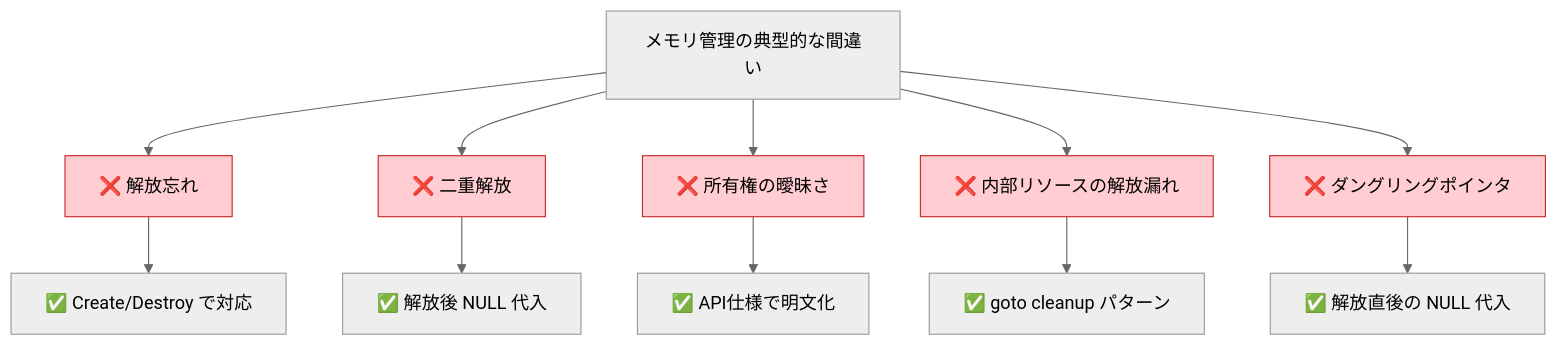
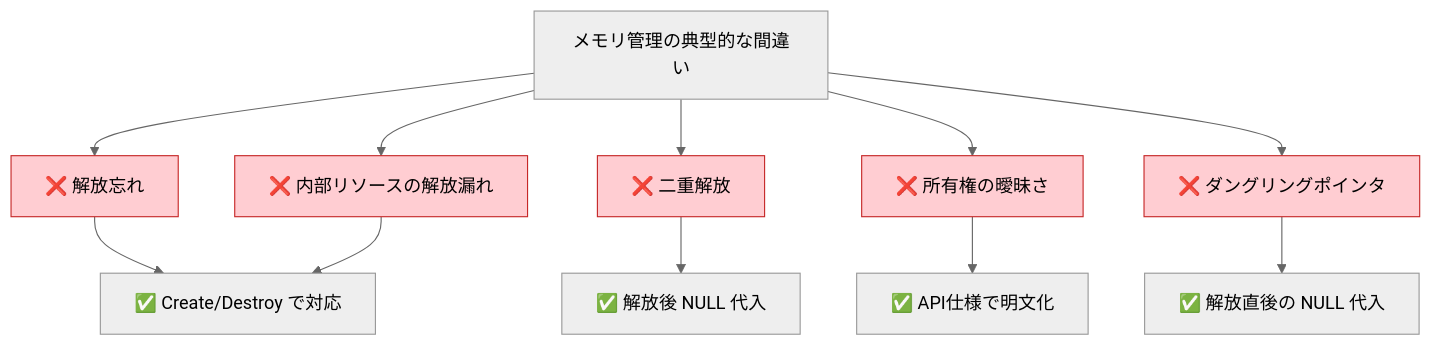
The third of 4 diagrams in 02_章別/09_第1部 第7章 メモリ管理パターン - 責任の明確化_02.md (kumachan1101/BookProject), drawn with Mermaid (neutral theme) before and after one commit. The commit also changed other lines of this file and 113 other files, not shown here.

````diff
--- a/02_章別/09_第1部 第7章 メモリ管理パターン - 責任の明確化_02.md
+++ b/02_章別/09_第1部 第7章 メモリ管理パターン - 責任の明確化_02.md
@@ -80,22 +64,22 @@
 ```mermaid
     graph TB
     Mistakes["メモリ管理の典型的な間違い"]
-    
+
     Mistakes --> M1["❌ 解放忘れ"]
     Mistakes --> M2["❌ 二重解放"]
     Mistakes --> M3["❌ 所有権の曖昧さ"]
     Mistakes --> M4["❌ 内部リソースの解放漏れ"]
     Mistakes --> M5["❌ ダングリングポインタ"]
-    
+
     M1 --> S1["✅ Create/Destroy で対応"]
     M2 --> S2["✅ 解放後 NULL 代入"]
     M3 --> S3["✅ API仕様で明文化"]
-    M4 --> S4["✅ goto cleanup パターン"]
+    M4 --> S1["✅ Create/Destroy で対応"]
     M5 --> S5["✅ 解放直後の NULL 代入"]
-    
+
     style M1 fill:#ffcdd2,stroke:#c62828
     style M2 fill:#ffcdd2,stroke:#c62828
     style M3 fill:#ffcdd2,stroke:#c62828
     style M4 fill:#ffcdd2,stroke:#c62828
     style M5 fill:#ffcdd2,stroke:#c62828
 ```
````
